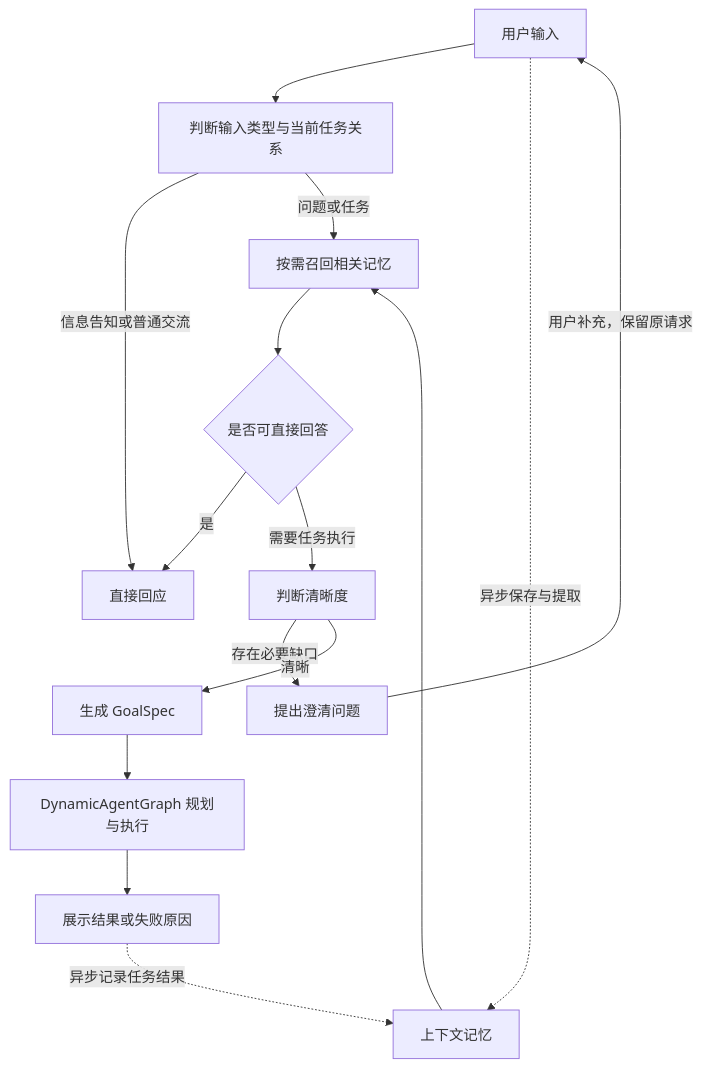
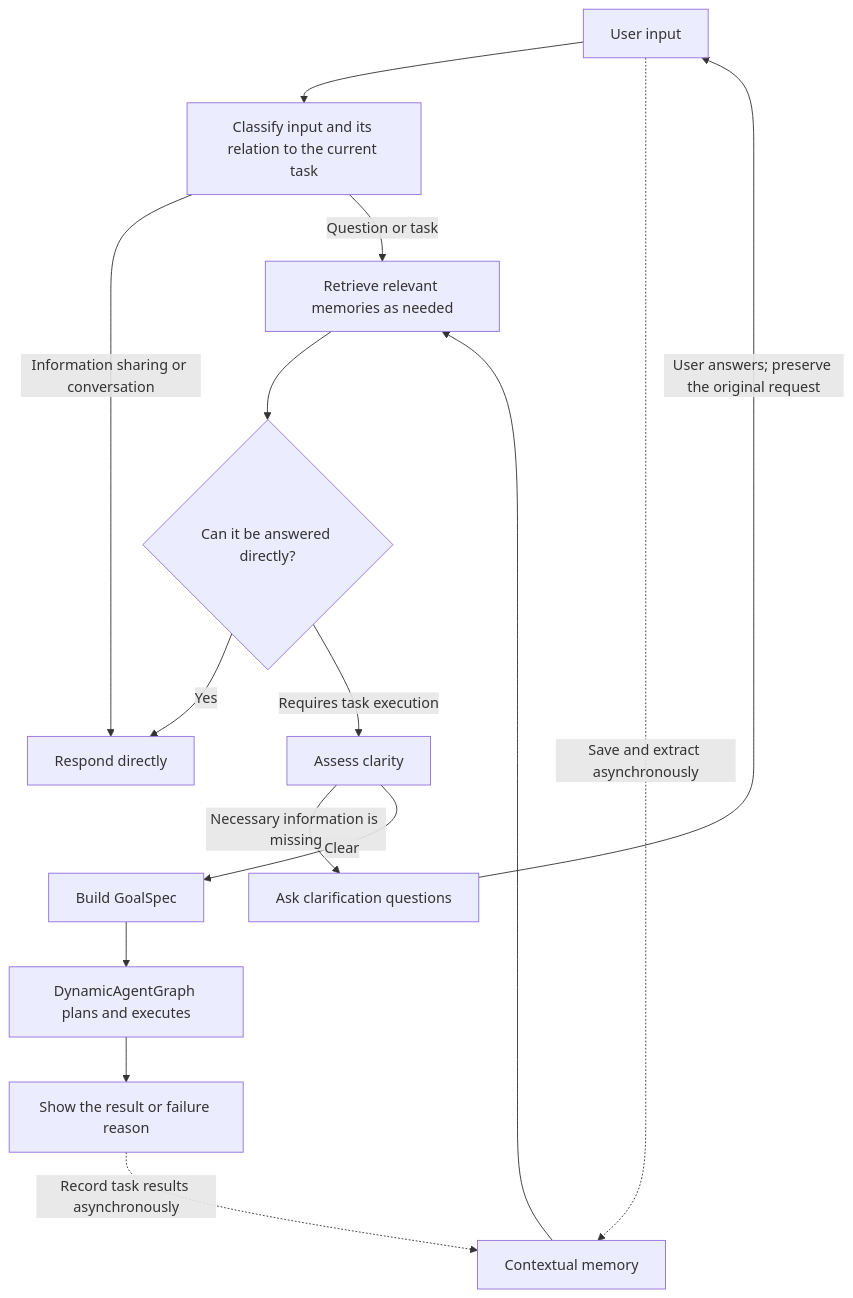
The diagram in README.md (DavidLiuXh/Karen), drawn with Mermaid before and after one commit. The commit also changed other lines of this file and 1 other file, not shown here.

Commit message:
docs: provide English README and preserve Chinese edition

````diff
--- a/README.md
+++ b/README.md
@@ -36,17 +38,17 @@
 ```mermaid
 flowchart TD
-    U[用户输入] --> R[判断输入类型与当前任务关系]
-    R -->|信息告知或普通交流| A[直接回应]
-    R -->|问题或任务| M[按需召回相关记忆]
-    M --> D{是否可直接回答}
-    D -->|是| A
-    D -->|需要任务执行| C[判断清晰度]
-    C -->|存在必要缺口| Q[提出澄清问题]
-    Q -->|用户补充，保留原请求| U
-    C -->|清晰| G[生成 GoalSpec]
-    G --> E[DynamicAgentGraph 规划与执行]
-    E --> O[展示结果或失败原因]
-    U -. 异步保存与提取 .-> K[上下文记忆]
-    O -. 异步记录任务结果 .-> K
+    U[User input] --> R[Classify input and its relation to the current task]
+    R -->|Information sharing or conversation| A[Respond directly]
+    R -->|Question or task| M[Retrieve relevant memories as needed]
+    M --> D{Can it be answered directly?}
+    D -->|Yes| A
+    D -->|Requires task execution| C[Assess clarity]
+    C -->|Necessary information is missing| Q[Ask clarification questions]
+    Q -->|User answers; preserve the original request| U
+    C -->|Clear| G[Build GoalSpec]
+    G --> E[DynamicAgentGraph plans and executes]
+    E --> O[Show the result or failure reason]
+    U -. Save and extract asynchronously .-> K[Contextual memory]
+    O -. Record task results asynchronously .-> K
     K --> M
 ```
````
